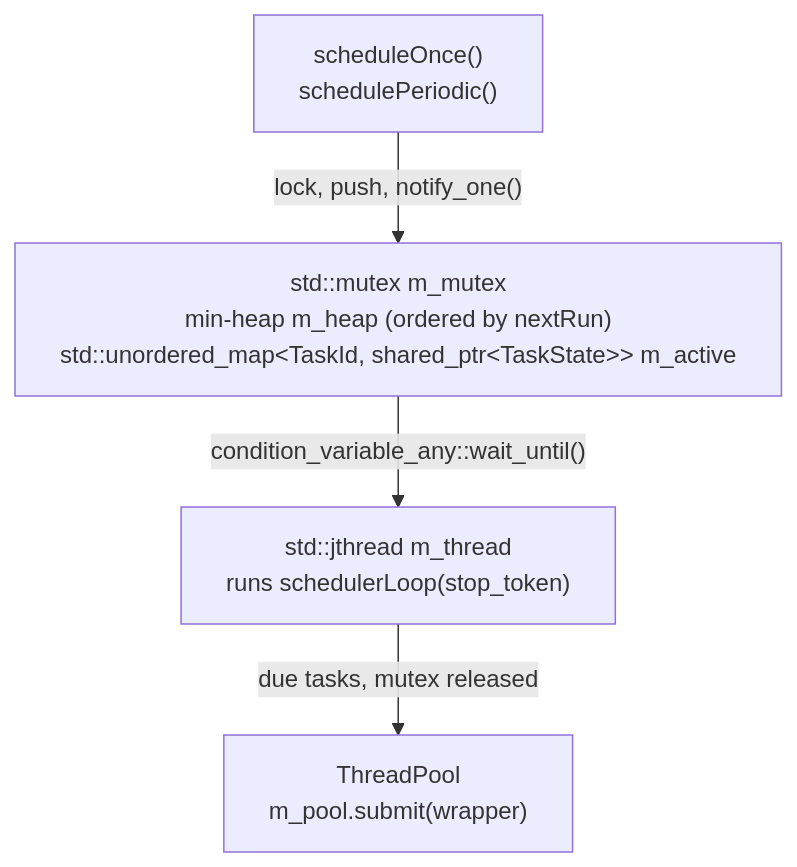
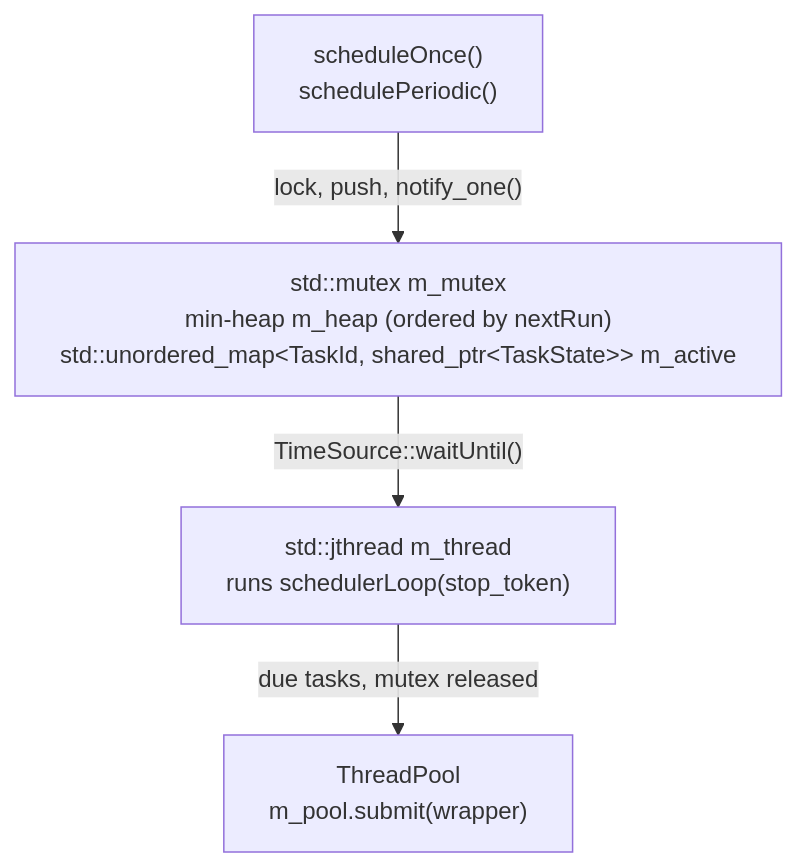
Before and after one commit to lasser-j/sysmon: the second of 2 diagrams in docs/concurrent.md, drawn with Mermaid. The commit also changed other lines of this file and 12 other files, not shown here.

````diff
--- a/docs/concurrent.md
+++ b/docs/concurrent.md
@@ -53,12 +53,12 @@
 ```mermaid
 flowchart TD
     SO["scheduleOnce()\nschedulePeriodic()"]
     %% used &nbsp; and #8209; instead of blank space / dash to force the text on the same line
     H["std::mutex m_mutex\nmin#8209;heap&nbsp;m_heap&nbsp;(ordered&nbsp;by&nbsp;nextRun)\nstd::unordered_map&lt;TaskId,&nbsp;shared_ptr&lt;TaskState&gt;&gt;&nbsp;m_active"]
     SL["std::jthread&nbsp;m_thread\nruns&nbsp;schedulerLoop(stop_token)"]
     P["ThreadPool\nm_pool.submit(wrapper)"]
 
     SO -->|"lock, push, notify_one()"| H
-    H -->|"condition_variable_any::wait_until()"| SL
+    H -->|"TimeSource::waitUntil()"| SL
     SL -->|"due tasks, mutex released"| P
 ```
````
